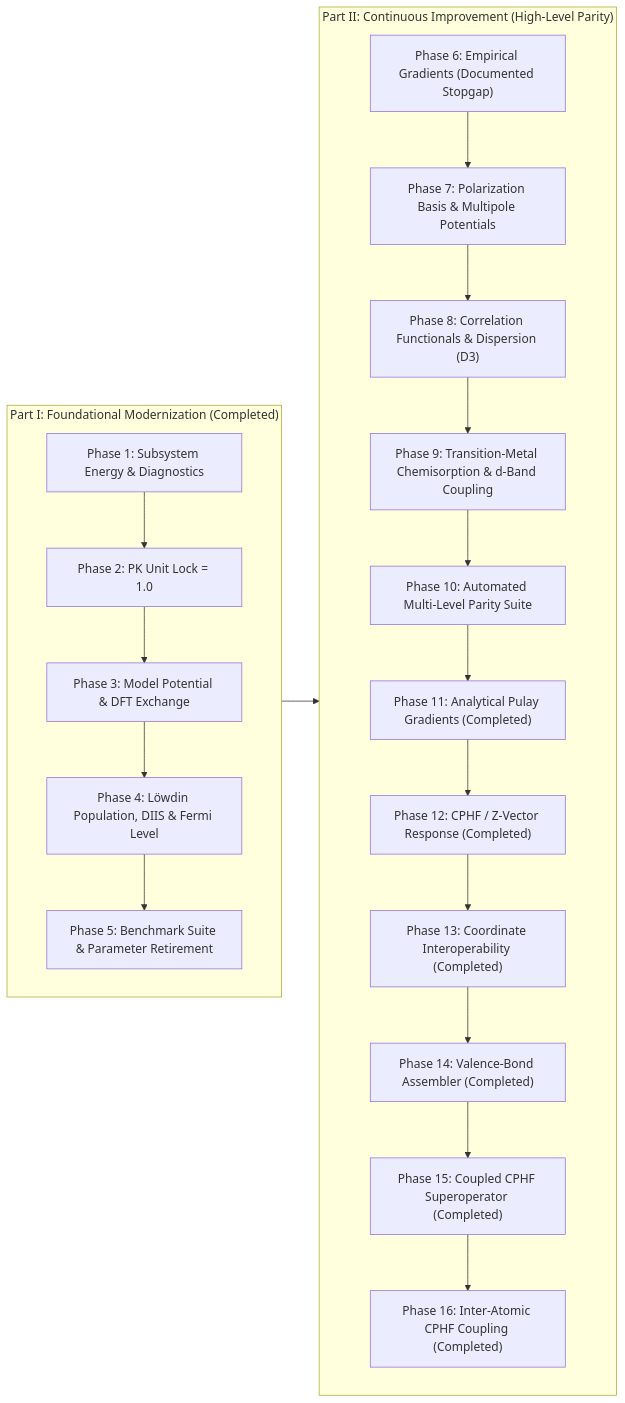
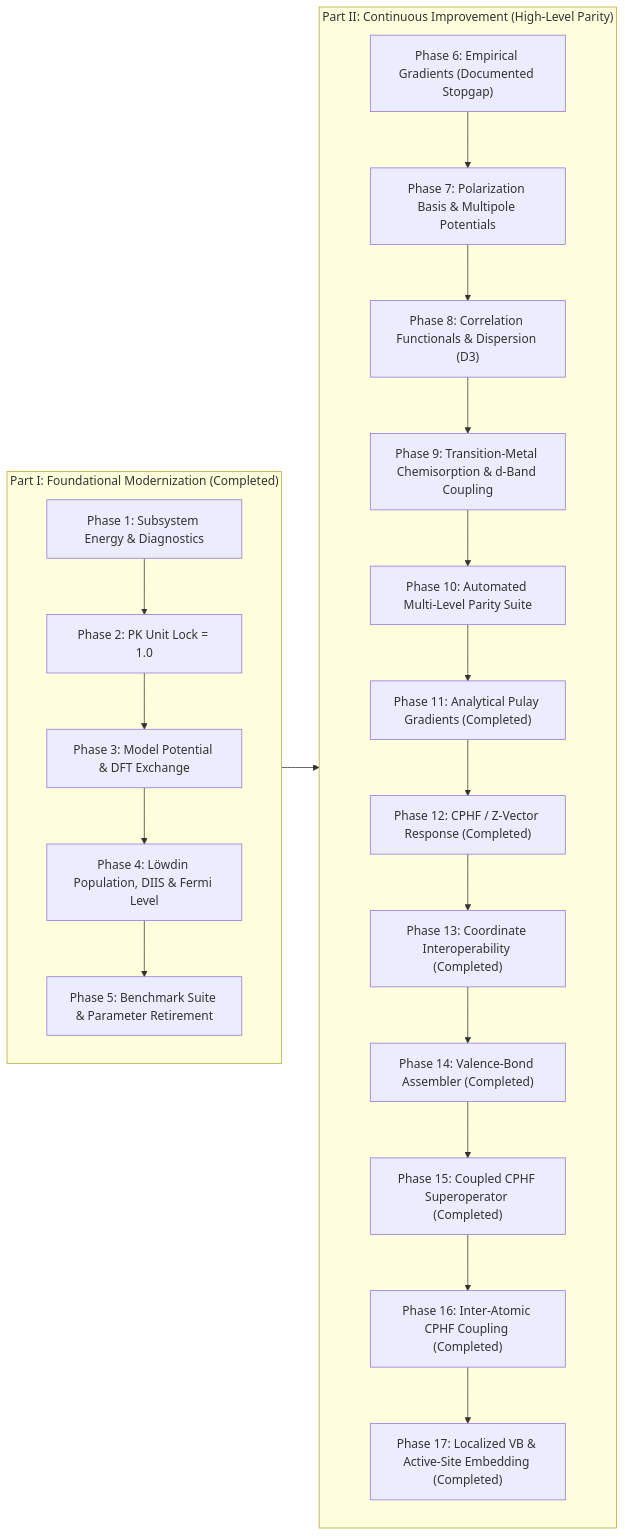
Before and after one commit to JackS9/phatpsy2: the diagram in ROADMAP.md, drawn with Mermaid. The commit also changed other lines of this file and 50 other files, not shown here.

````diff
--- a/ROADMAP.md
+++ b/ROADMAP.md
@@ -205,28 +213,29 @@
 ```mermaid
 flowchart LR
     subgraph Part1["Part I: Foundational Modernization (Completed)"]
         P1["Phase 1: Subsystem Energy & Diagnostics"]
         P2["Phase 2: PK Unit Lock = 1.0"]
         P3["Phase 3: Model Potential & DFT Exchange"]
         P4["Phase 4: Löwdin Population, DIIS & Fermi Level"]
         P5["Phase 5: Benchmark Suite & Parameter Retirement"]
         P1 --> P2 --> P3 --> P4 --> P5
     end
 
     subgraph Part2["Part II: Continuous Improvement (High-Level Parity)"]
         P6["Phase 6: Empirical Gradients (Documented Stopgap)"]
         P7["Phase 7: Polarization Basis & Multipole Potentials"]
         P8["Phase 8: Correlation Functionals & Dispersion (D3)"]
         P9["Phase 9: Transition-Metal Chemisorption & d-Band Coupling"]
         P10["Phase 10: Automated Multi-Level Parity Suite"]
         P11["Phase 11: Analytical Pulay Gradients (Completed)"]
         P12["Phase 12: CPHF / Z-Vector Response (Completed)"]
         P13["Phase 13: Coordinate Interoperability (Completed)"]
         P14["Phase 14: Valence-Bond Assembler (Completed)"]
         P15["Phase 15: Coupled CPHF Superoperator (Completed)"]
         P16["Phase 16: Inter-Atomic CPHF Coupling (Completed)"]
-        P6 --> P7 --> P8 --> P9 --> P10 --> P11 --> P12 --> P13 --> P14 --> P15 --> P16
+        P17["Phase 17: Localized VB & Active-Site Embedding (Completed)"]
+        P6 --> P7 --> P8 --> P9 --> P10 --> P11 --> P12 --> P13 --> P14 --> P15 --> P16 --> P17
     end
 
     Part1 --> Part2
 ```
````
